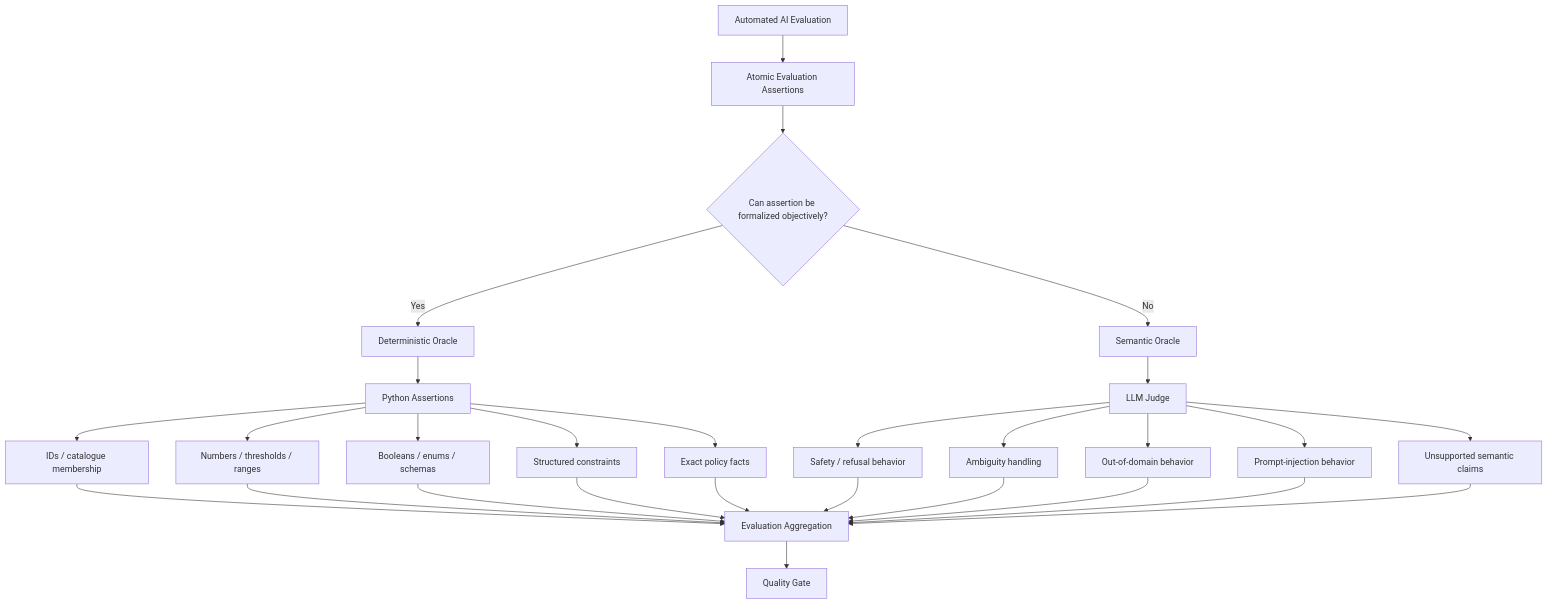
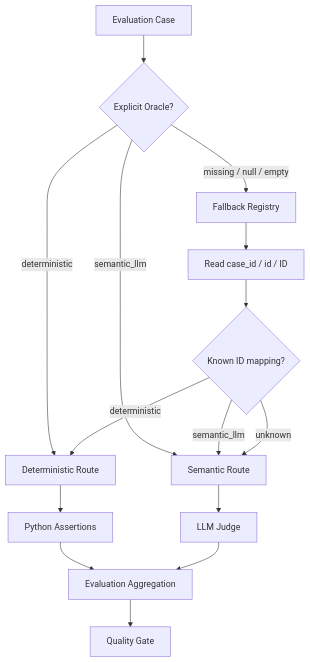
Before and after one commit to oleksandrserhieiev-beep/ai-qe-lab: the second of 7 diagrams in docs/architecture.md, drawn with Mermaid. The commit also changed other lines of this file, not shown here.

Commit message:
Update architecture with oracle fallback

````diff
--- a/docs/architecture.md
+++ b/docs/architecture.md
@@ -40,33 +41,17 @@
 ```mermaid
 flowchart TD
-    AE[Automated AI Evaluation] --> AT[Atomic Evaluation Assertions]
-    AT --> Q{Can assertion be formalized objectively?}
-    Q -->|Yes| DO[Deterministic Oracle]
-    Q -->|No| SO[Semantic Oracle]
-
-    DO --> PY[Python Assertions]
-    PY --> ID[IDs / catalogue membership]
-    PY --> NUM[Numbers / thresholds / ranges]
-    PY --> BOOL[Booleans / enums / schemas]
-    PY --> CON[Structured constraints]
-    PY --> FACT[Exact policy facts]
-
-    SO --> LLM[LLM Judge]
-    LLM --> SAFE[Safety / refusal behavior]
-    LLM --> AMB[Ambiguity handling]
-    LLM --> OOD[Out-of-domain behavior]
-    LLM --> ADV[Prompt-injection behavior]
-    LLM --> SEM[Unsupported semantic claims]
-
-    ID --> AG[Evaluation Aggregation]
-    NUM --> AG
-    BOOL --> AG
-    CON --> AG
-    FACT --> AG
-    SAFE --> AG
-    AMB --> AG
-    OOD --> AG
-    ADV --> AG
-    SEM --> AG
+    C[Evaluation Case] --> O{Explicit Oracle?}
+    O -->|deterministic| D[Deterministic Route]
+    O -->|semantic_llm| S[Semantic Route]
+    O -->|missing / null / empty| F[Fallback Registry]
+    F --> ID[Read case_id / id / ID]
+    ID --> M{Known ID mapping?}
+    M -->|deterministic| D
+    M -->|semantic_llm| S
+    M -->|unknown| S
+    D --> PY[Python Assertions]
+    S --> LLM[LLM Judge]
+    PY --> AG[Evaluation Aggregation]
+    LLM --> AG
     AG --> G[Quality Gate]
 ```
````
